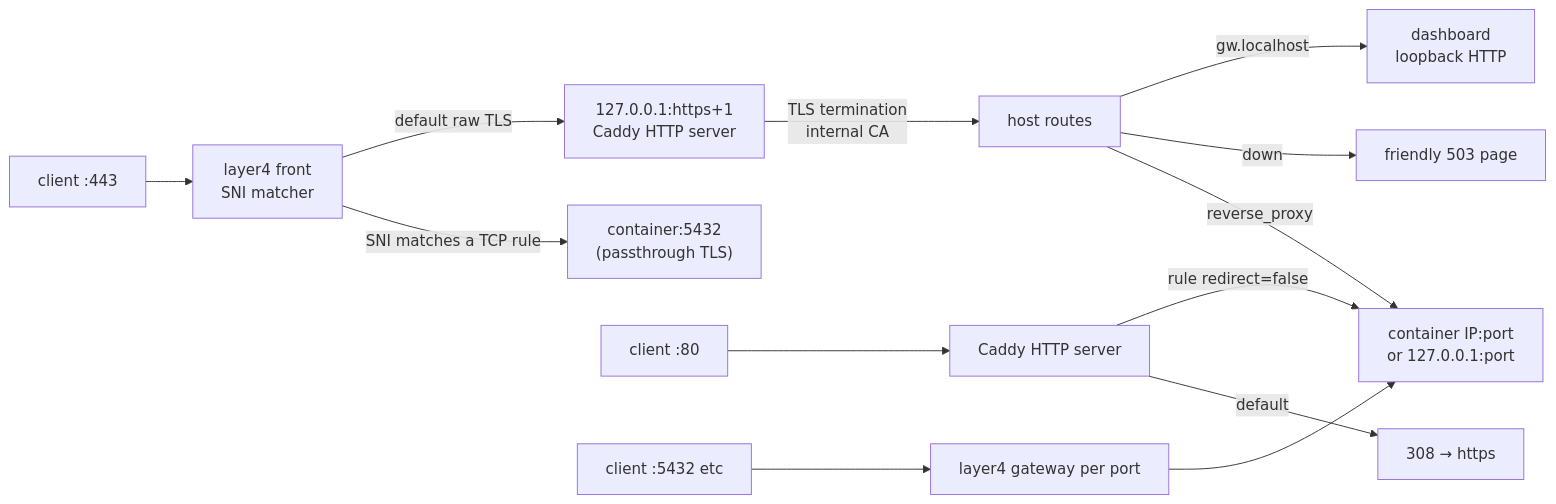
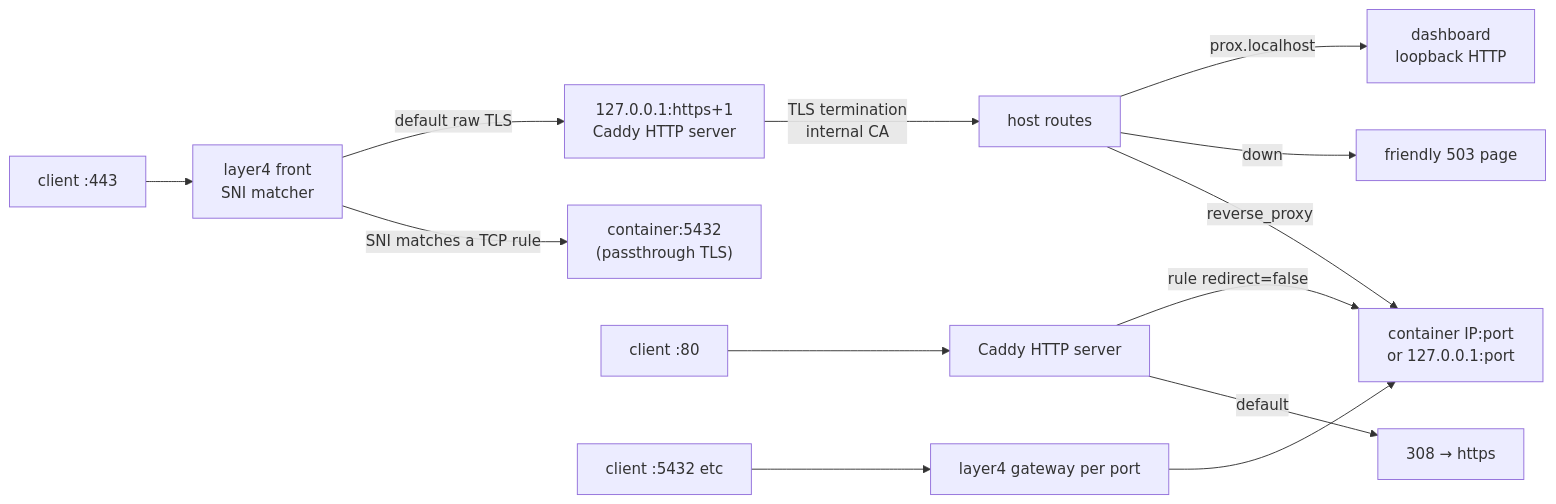
The fourth of 6 diagrams in docs/ARCHITECTURE.md (haasele/prox), drawn with Mermaid before and after one commit. The commit also changed other lines of this file and 62 other files, not shown here.

````diff
--- a/docs/ARCHITECTURE.md
+++ b/docs/ARCHITECTURE.md
@@ -130,15 +130,15 @@
 ```mermaid
 flowchart LR
   Client443["client :443"] --> L4["layer4 front\nSNI matcher"]
   L4 -->|SNI matches a TCP rule| Pg["container:5432\n(passthrough TLS)"]
   L4 -->|default raw TLS| Loop["127.0.0.1:https+1\nCaddy HTTP server"]
   Loop -->|TLS termination\ninternal CA| Routes["host routes"]
   Routes -->|reverse_proxy| Up["container IP:port\nor 127.0.0.1:port"]
   Routes -->|down| Page["friendly 503 page"]
-  Routes -->|gw.localhost| Dash["dashboard\nloopback HTTP"]
+  Routes -->|prox.localhost| Dash["dashboard\nloopback HTTP"]
   Client80["client :80"] --> HTTP["Caddy HTTP server"]
   HTTP -->|default| Redir["308 → https"]
   HTTP -->|rule redirect=false| Up
   TCP["client :5432 etc"] --> L4Port["layer4 gateway per port"]
   L4Port --> Up
 ```
````
